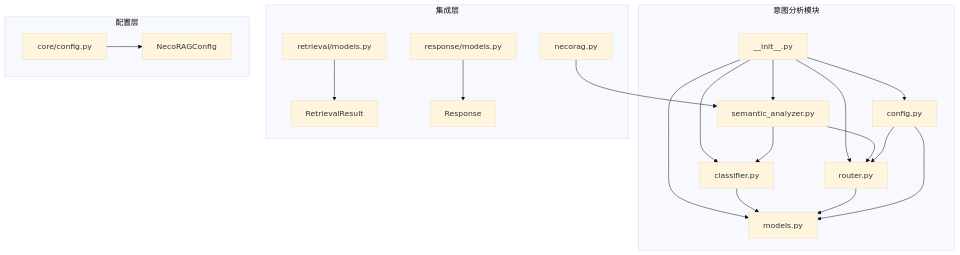
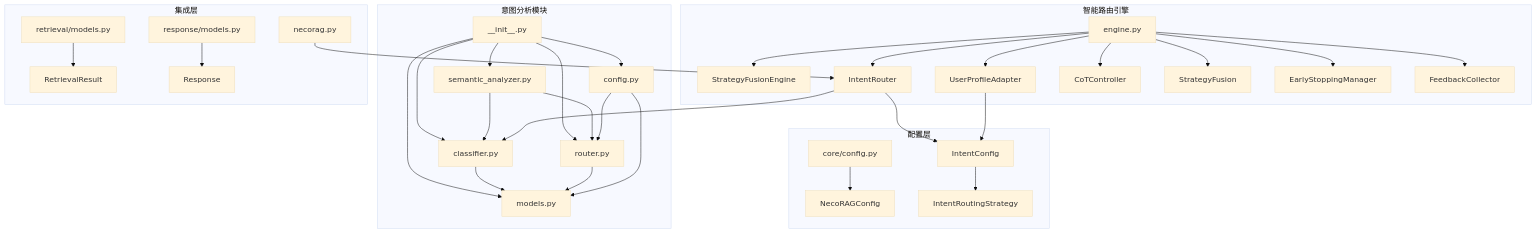
The first of 12 diagrams in .qoder/repowiki/zh/content/意图分析系统.md (JieGaoPrinceton/NecoRAG), drawn with Mermaid (base theme) before and after one commit. The commit also changed other lines of this file and 82 other files, not shown here.

````diff
--- a/.qoder/repowiki/zh/content/意图分析系统.md
+++ b/.qoder/repowiki/zh/content/意图分析系统.md
@@ -40,24 +54,37 @@
 ```mermaid
 graph TB
 subgraph "意图分析模块"
 A[__init__.py] --> B[classifier.py]
 A --> C[semantic_analyzer.py]
 A --> D[router.py]
 A --> E[models.py]
 A --> F[config.py]
 end
+subgraph "智能路由引擎"
+G[engine.py] --> H[StrategyFusionEngine]
+G --> I[IntentRouter]
+G --> J[UserProfileAdapter]
+G --> K[CoTController]
+G --> L[StrategyFusion]
+G --> M[EarlyStoppingManager]
+G --> N[FeedbackCollector]
+end
 subgraph "集成层"
-G[necorag.py] --> C
-H[retrieval/models.py] --> I[RetrievalResult]
-J[response/models.py] --> K[Response]
+O[necorag.py] --> I
+P[retrieval/models.py] --> Q[RetrievalResult]
+R[response/models.py] --> S[Response]
 end
 subgraph "配置层"
-L[core/config.py] --> M[NecoRAGConfig]
+T[core/config.py] --> U[NecoRAGConfig]
+V[IntentConfig] --> W[IntentRoutingStrategy]
 end
 B --> E
 C --> B
 C --> D
 D --> E
 F --> E
 F --> D
+I --> B
+I --> V
+J --> V
 ```
````
